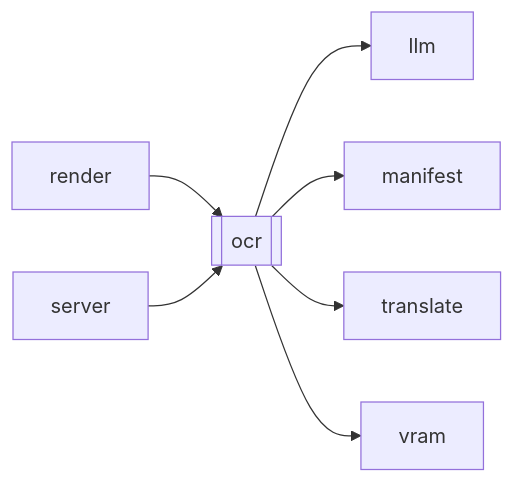
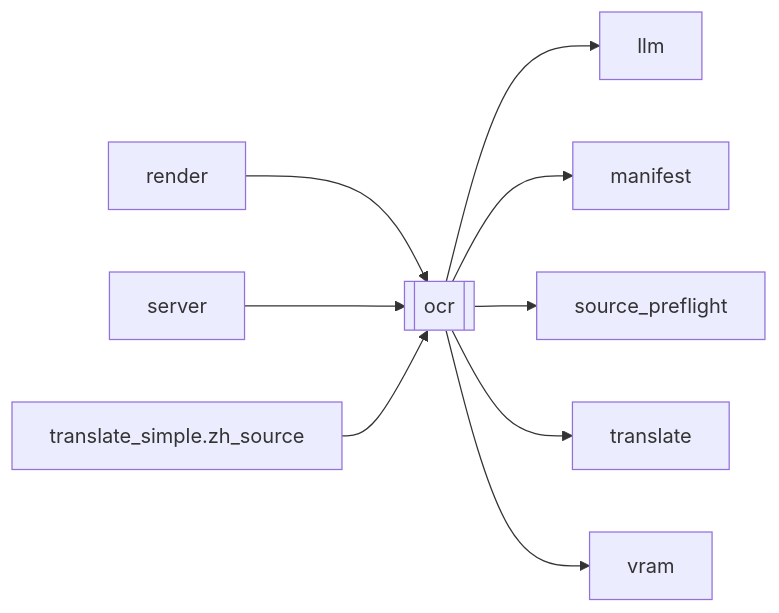
One commit to kjza178/PineLineV4 changed the diagram in docs/brain/modules/ocr.md. Above: the diagram before and after it, drawn with Mermaid. The commit also changed other lines of this file and 200 other files, not shown here.

````diff
--- a/docs/brain/modules/ocr.md
+++ b/docs/brain/modules/ocr.md
@@ -18,10 +18,12 @@
 ```mermaid
 flowchart LR
   ocr[[ocr]]
   render[render] --> ocr
   server[server] --> ocr
+  translate_simple_zh_source[translate_simple.zh_source] --> ocr
   ocr --> llm[llm]
   ocr --> manifest[manifest]
+  ocr --> source_preflight[source_preflight]
   ocr --> translate[translate]
   ocr --> vram[vram]
 ```
````
